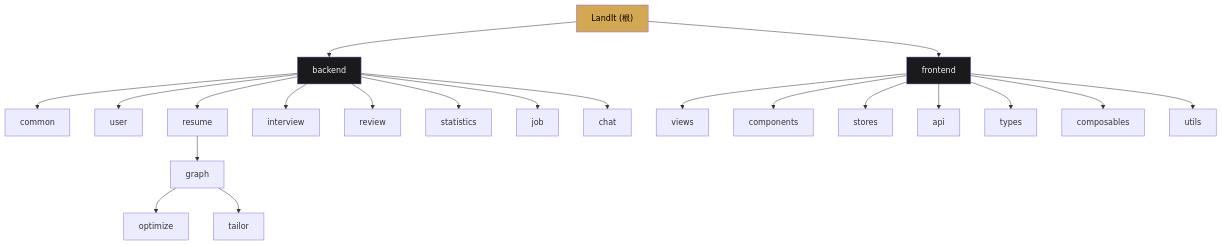
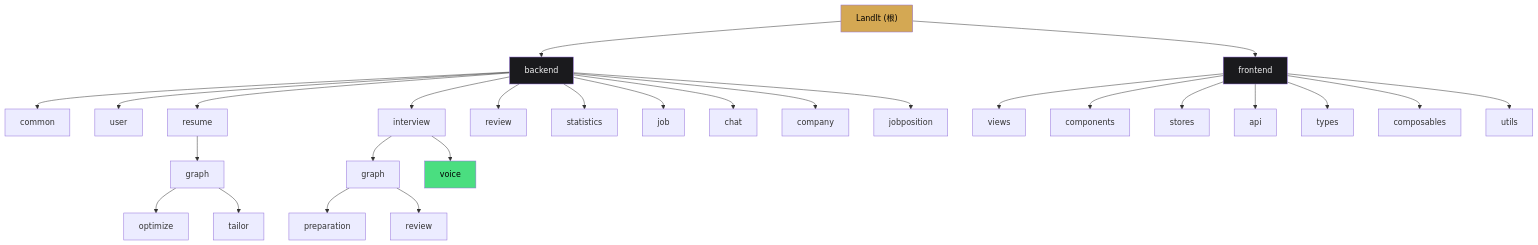
Before and after one commit to AzirZsk/CareerForge: the diagram in CLAUDE.md, drawn with Mermaid. The commit also changed other lines of this file and 2 other files, not shown here.

````diff
--- a/CLAUDE.md
+++ b/CLAUDE.md
@@ -64,33 +68,41 @@
 ```mermaid
 graph TD
     A["LandIt (根)"] --> B["backend"]
     A --> C["frontend"]
 
     B --> B1["common"]
     B --> B2["user"]
     B --> B3["resume"]
     B --> B4["interview"]
     B --> B5["review"]
     B --> B6["statistics"]
     B --> B7["job"]
     B --> B8["chat"]
+    B --> B9["company"]
+    B --> B10["jobposition"]
 
     B3 --> B3a["graph"]
     B3a --> B3a1["optimize"]
     B3a --> B3a2["tailor"]
+
+    B4 --> B4a["graph"]
+    B4a --> B4a1["preparation"]
+    B4a --> B4a2["review"]
+    B4 --> B4b["voice"]
 
     C --> C1["views"]
     C --> C2["components"]
     C --> C3["stores"]
     C --> C4["api"]
     C --> C5["types"]
     C --> C6["composables"]
     C --> C7["utils"]
 
     click B "./backend/CLAUDE.md" "查看 backend 模块文档"
     click C "./frontend/CLAUDE.md" "查看 frontend 模块文档"
 
     style A fill:#d4a853,color:#000
     style B fill:#1a1a1d,color:#f4f4f5
     style C fill:#1a1a1d,color:#f4f4f5
+    style B4b fill:#4ade80,color:#000
 ```
````
